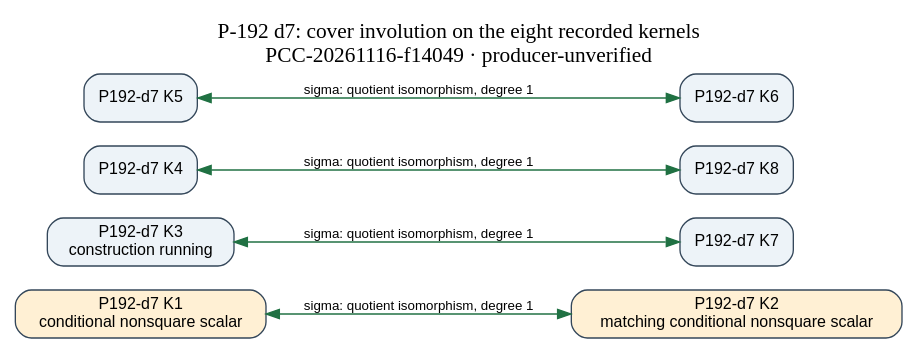
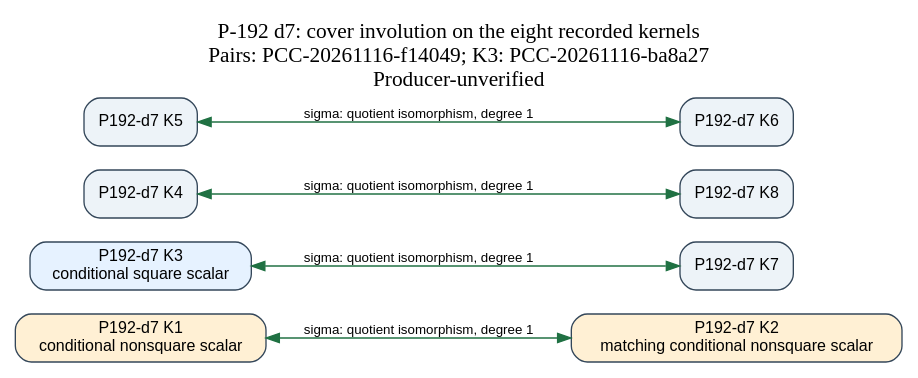
The diagram in research/nist_cover_three_tests_20261116/figures/kernel-pairs.dot (isogeny-labs/crypto), drawn with Graphviz before and after one commit. The commit also changed 39 other files, not shown here.

```diff
--- a/research/nist_cover_three_tests_20261116/figures/kernel-pairs.dot
+++ b/research/nist_cover_three_tests_20261116/figures/kernel-pairs.dot
@@ -1,19 +1,19 @@
 digraph kernel_pairs {
-  graph [rankdir=LR, bgcolor="white", label="P-192 d7: cover involution on the eight recorded kernels\nPCC-20261116-f14049 · producer-unverified", labelloc=t, fontsize=16];
+  graph [rankdir=LR, bgcolor="white", label="P-192 d7: cover involution on the eight recorded kernels\nPairs: PCC-20261116-f14049; K3: PCC-20261116-ba8a27\nProducer-unverified", labelloc=t, fontsize=16];
   node [shape=box, style="rounded,filled", fillcolor="#edf3f8", color="#34475a", fontname="Helvetica", fontsize=12];
   edge [dir=both, color="#207143", fontname="Helvetica", fontsize=10];
   k1 [label="P192-d7 K1\nconditional nonsquare scalar", fillcolor="#fff0d4"];
   k2 [label="P192-d7 K2\nmatching conditional nonsquare scalar", fillcolor="#fff0d4"];
-  k3 [label="P192-d7 K3\nconstruction running"];
+  k3 [label="P192-d7 K3\nconditional square scalar", fillcolor="#e6f2ff"];
   k7 [label="P192-d7 K7"];
   k4 [label="P192-d7 K4"];
   k8 [label="P192-d7 K8"];
   k5 [label="P192-d7 K5"];
   k6 [label="P192-d7 K6"];
   k1 -> k2 [label="sigma: quotient isomorphism, degree 1"];
   k3 -> k7 [label="sigma: quotient isomorphism, degree 1"];
   k4 -> k8 [label="sigma: quotient isomorphism, degree 1"];
   k5 -> k6 [label="sigma: quotient isomorphism, degree 1"];
   {rank=same; k1; k3; k4; k5;}
   {rank=same; k2; k7; k8; k6;}
 }
```
